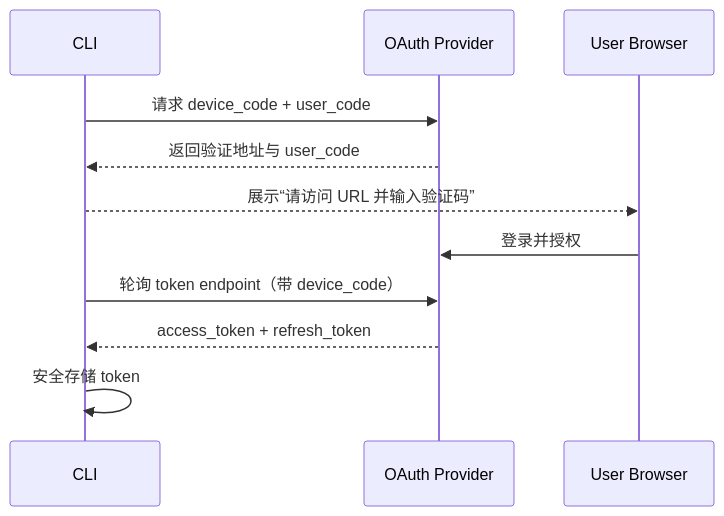
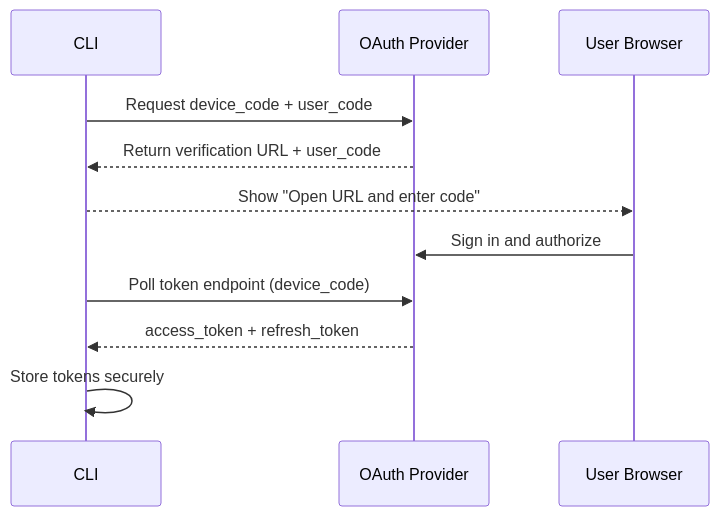
The third of 4 diagrams in docs/clawbot/supabase auth 指南.md (parkgogogo/blogs-md), drawn with Mermaid before and after one commit. The commit also changed other lines of this file and 1 other file, not shown here.

Commit message:
docs: switch remaining mermaid labels to English (renderer workaround)

````diff
--- a/docs/clawbot/supabase auth 指南.md
+++ b/docs/clawbot/supabase auth 指南.md
@@ -262,14 +262,14 @@
 ```mermaid
 sequenceDiagram
   participant C as CLI
   participant O as OAuth Provider
   participant U as User Browser
 
-  C->>O: 请求 device_code + user_code
-  O-->>C: 返回验证地址与 user_code
-  C-->>U: 展示“请访问 URL 并输入验证码”
-  U->>O: 登录并授权
-  C->>O: 轮询 token endpoint（带 device_code）
+  C->>O: Request device_code + user_code
+  O-->>C: Return verification URL + user_code
+  C-->>U: Show "Open URL and enter code"
+  U->>O: Sign in and authorize
+  C->>O: Poll token endpoint (device_code)
   O-->>C: access_token + refresh_token
-  C->>C: 安全存储 token
+  C->>C: Store tokens securely
 ```
````
